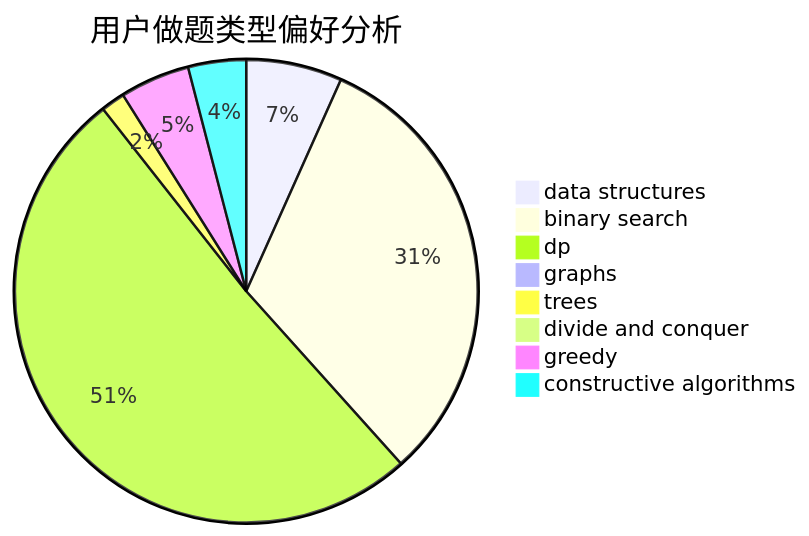
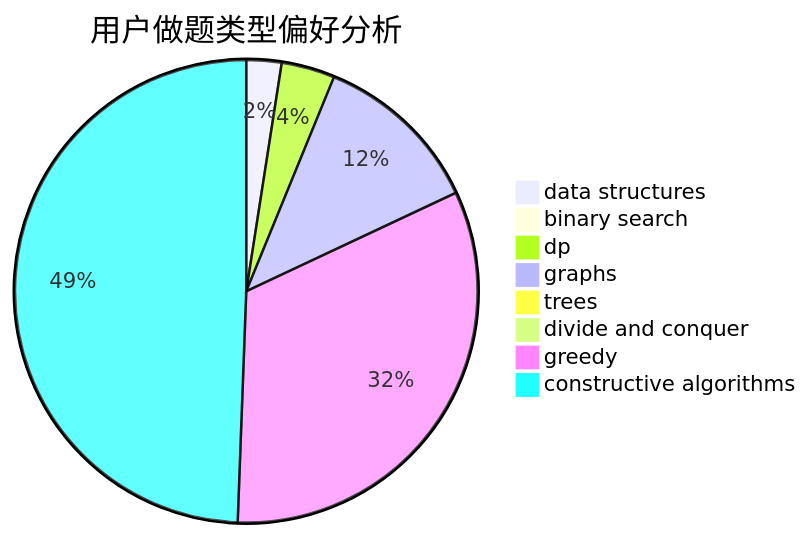
The second of 3 diagrams in docs/user/u877.md (sherpahu/cfrs.github.io), drawn with Mermaid before and after one commit. The commit also changed other lines of this file and 2770 other files, not shown here.

````diff
--- a/docs/user/u877.md
+++ b/docs/user/u877.md
@@ -23,11 +23,11 @@
 ```mermaid
 pie title 用户做题类型偏好分析
-    "data structures" :  48
-    "binary search" :  227
-    "dp" :  366
-    "graphs" :  5
-    "trees" :  12
-    "divide and conquer" :  0
-    "greedy" :  35
-    "constructive algorithms" :  29
+    "data structures" :  27
+    "binary search" :  4
+    "dp" :  41
+    "graphs" :  130
+    "trees" :  0
+    "divide and conquer" :  10
+    "greedy" :  358
+    "constructive algorithms" :  543
 ```
````
